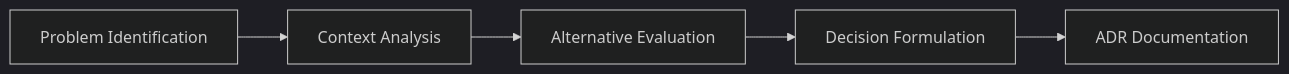
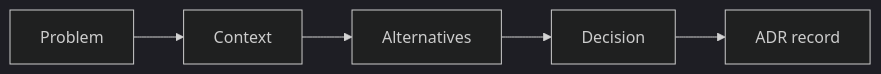
Before and after one commit to Geonitab/architecture_as_code: the diagram in docs/images/diagram_04_adr_process.mmd, drawn with Mermaid (dark theme). The commit also changed other lines of this file and 56 other files, not shown here.

First line of the commit message:
Make Mermaid figures legible: fewer elements, narrower, one message each

```diff
--- a/docs/images/diagram_04_adr_process.mmd
+++ b/docs/images/diagram_04_adr_process.mmd
@@ -1,5 +1,5 @@
 graph LR
-    A[Problem Identification]:::kv-primary --> B[Context Analysis]:::kv-highlight
-    B --> C[Alternative Evaluation]:::kv-accent
-    C --> D[Decision Formulation]:::kv-accent
-    D --> E[ADR Documentation]:::kv-primary
+    A[Problem]:::kv-primary --> B[Context]:::kv-highlight
+    B --> C[Alternatives]:::kv-accent
+    C --> D[Decision]:::kv-accent
+    D --> E[ADR record]:::kv-primary
```
